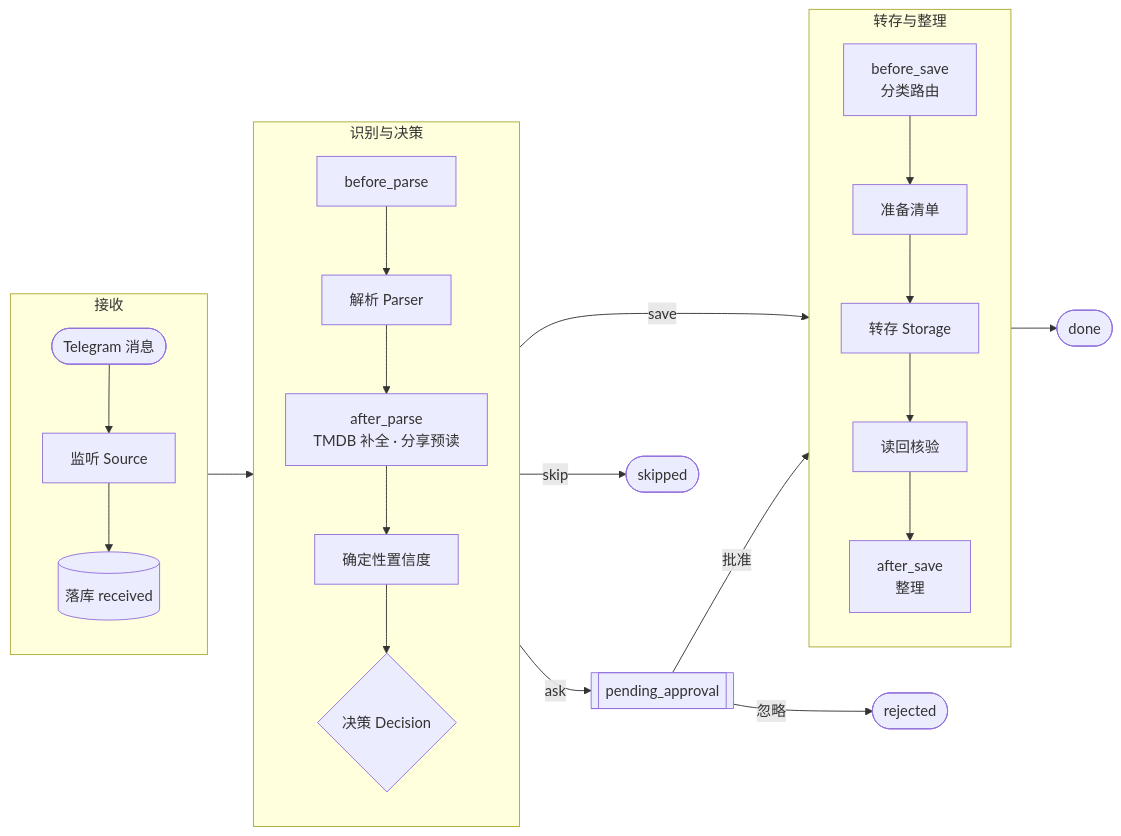
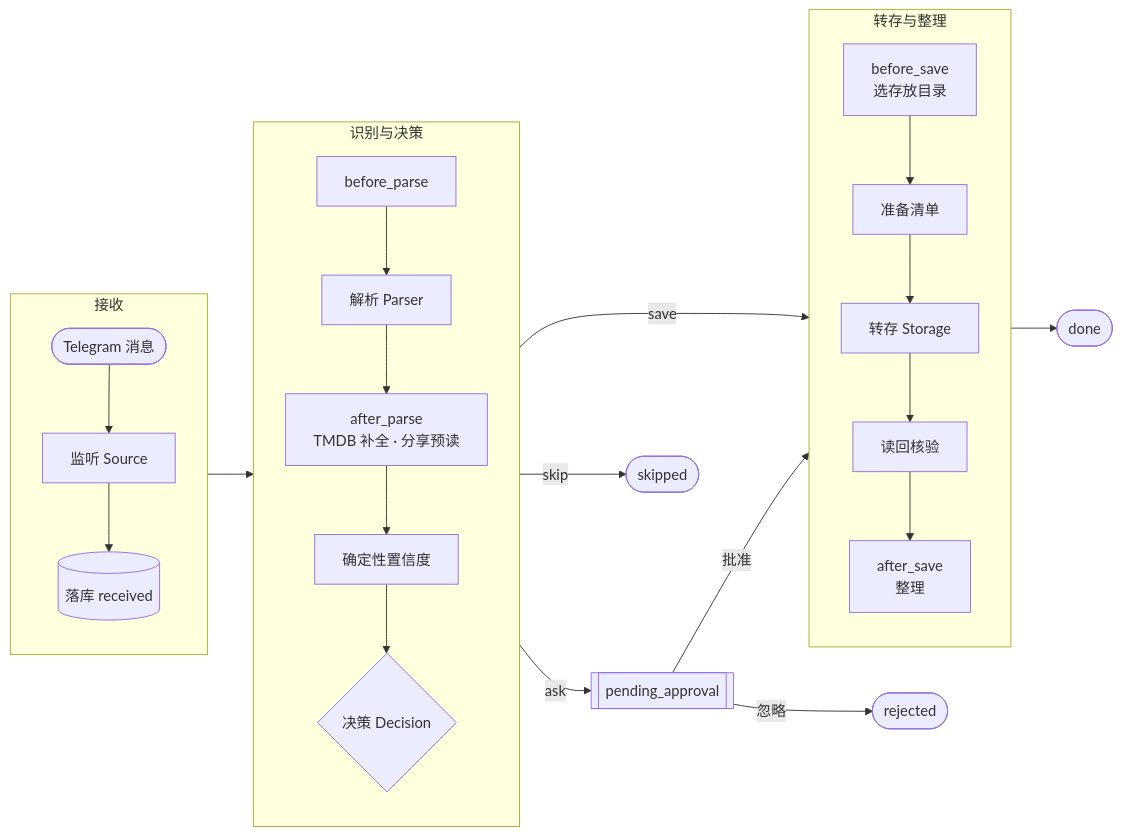
The first of 2 diagrams in docs/architecture.md (Derrors/reelay), drawn with Mermaid before and after one commit. The commit also changed 99 other files, not shown here.

````diff
--- a/docs/architecture.md
+++ b/docs/architecture.md
@@ -12,22 +12,22 @@
 ```mermaid
 flowchart LR
     subgraph recv[接收]
         direction TB
         tg([Telegram 消息]) --> src[监听 Source] --> rcv[(落库 received)]
     end
     subgraph ident[识别与决策]
         direction TB
         bp[before_parse] --> parse[解析 Parser] --> ap["after_parse<br/>TMDB 补全 · 分享预读"] --> conf[确定性置信度] --> dec{决策 Decision}
     end
     subgraph store[转存与整理]
         direction TB
-        bs["before_save<br/>分类路由"] --> prep[准备清单] --> save[转存 Storage] --> verify[读回核验] --> as["after_save<br/>整理"]
+        bs["before_save<br/>选存放目录"] --> prep[准备清单] --> save[转存 Storage] --> verify[读回核验] --> as["after_save<br/>整理"]
     end
     recv --> ident
     ident -- save --> store
     ident -- ask --> pend[[pending_approval]]
     pend -- 批准 --> store
     pend -- 忽略 --> rejected([rejected])
     ident -- skip --> skipped([skipped])
     store --> done([done])
 ```
````
